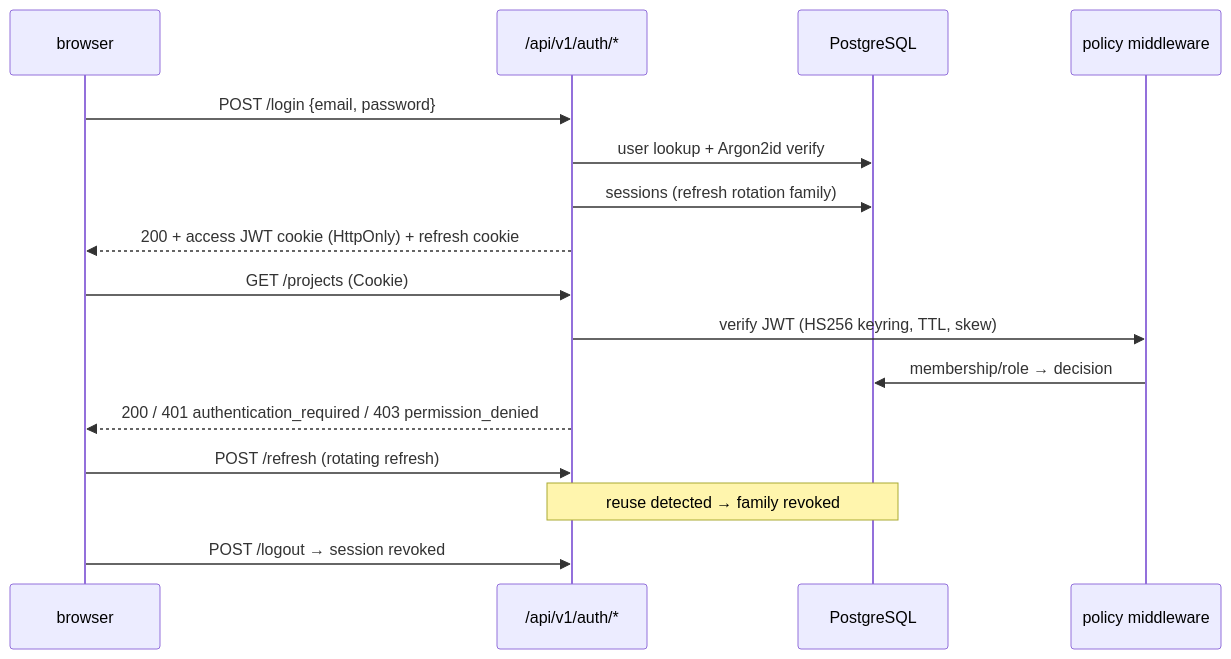
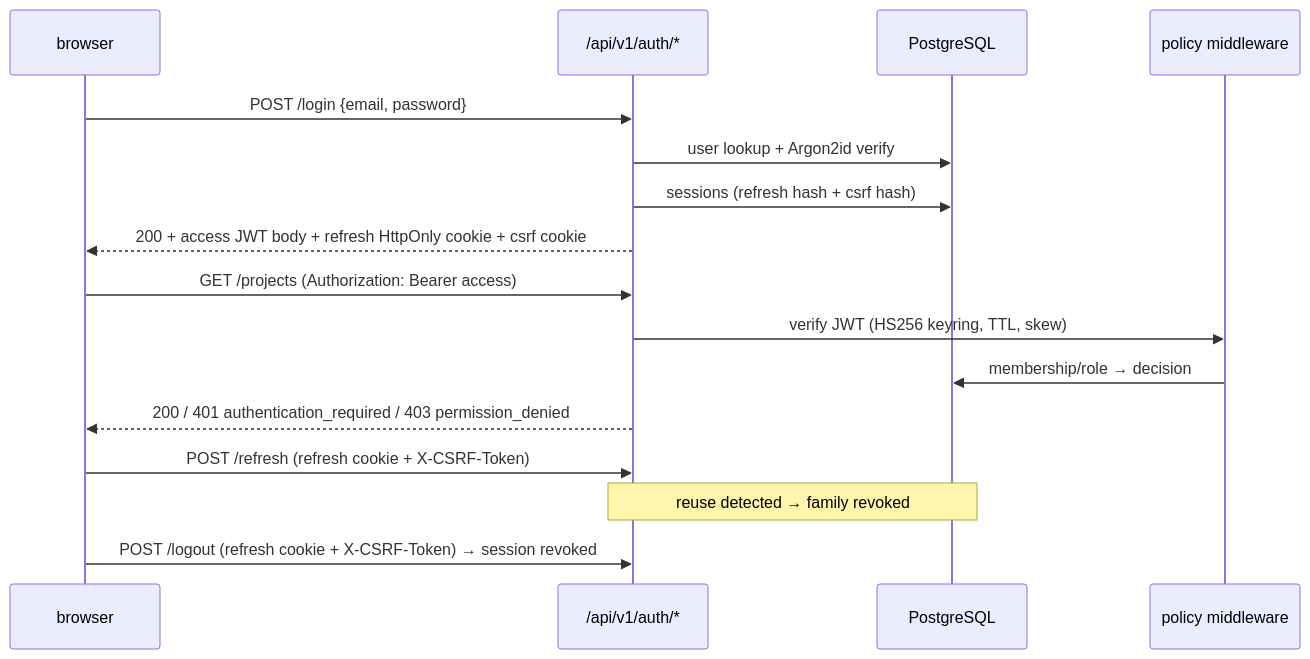
The diagram in docs/architecture/sequences/auth-session.md (FerrPOINT/CI-CD), drawn with Mermaid before and after one commit. The commit also changed other lines of this file and 19 other files, not shown here.

Commit message:
fix(auth): use csrf-protected refresh cookies

````diff
--- a/docs/architecture/sequences/auth-session.md
+++ b/docs/architecture/sequences/auth-session.md
@@ -3,19 +3,19 @@
 ```mermaid
 sequenceDiagram
     participant U as browser
     participant API as /api/v1/auth/*
     participant DB as PostgreSQL
     participant POL as policy middleware
 
     U->>API: POST /login {email, password}
     API->>DB: user lookup + Argon2id verify
-    API->>DB: sessions (refresh rotation family)
-    API-->>U: 200 + access JWT cookie (HttpOnly) + refresh cookie
-    U->>API: GET /projects (Cookie)
+    API->>DB: sessions (refresh hash + csrf hash)
+    API-->>U: 200 + access JWT body + refresh HttpOnly cookie + csrf cookie
+    U->>API: GET /projects (Authorization: Bearer access)
     API->>POL: verify JWT (HS256 keyring, TTL, skew)
     POL->>DB: membership/role → decision
     API-->>U: 200 / 401 authentication_required / 403 permission_denied
-    U->>API: POST /refresh (rotating refresh)
+    U->>API: POST /refresh (refresh cookie + X-CSRF-Token)
     Note over API,DB: reuse detected → family revoked
-    U->>API: POST /logout → session revoked
+    U->>API: POST /logout (refresh cookie + X-CSRF-Token) → session revoked
 ```
````
